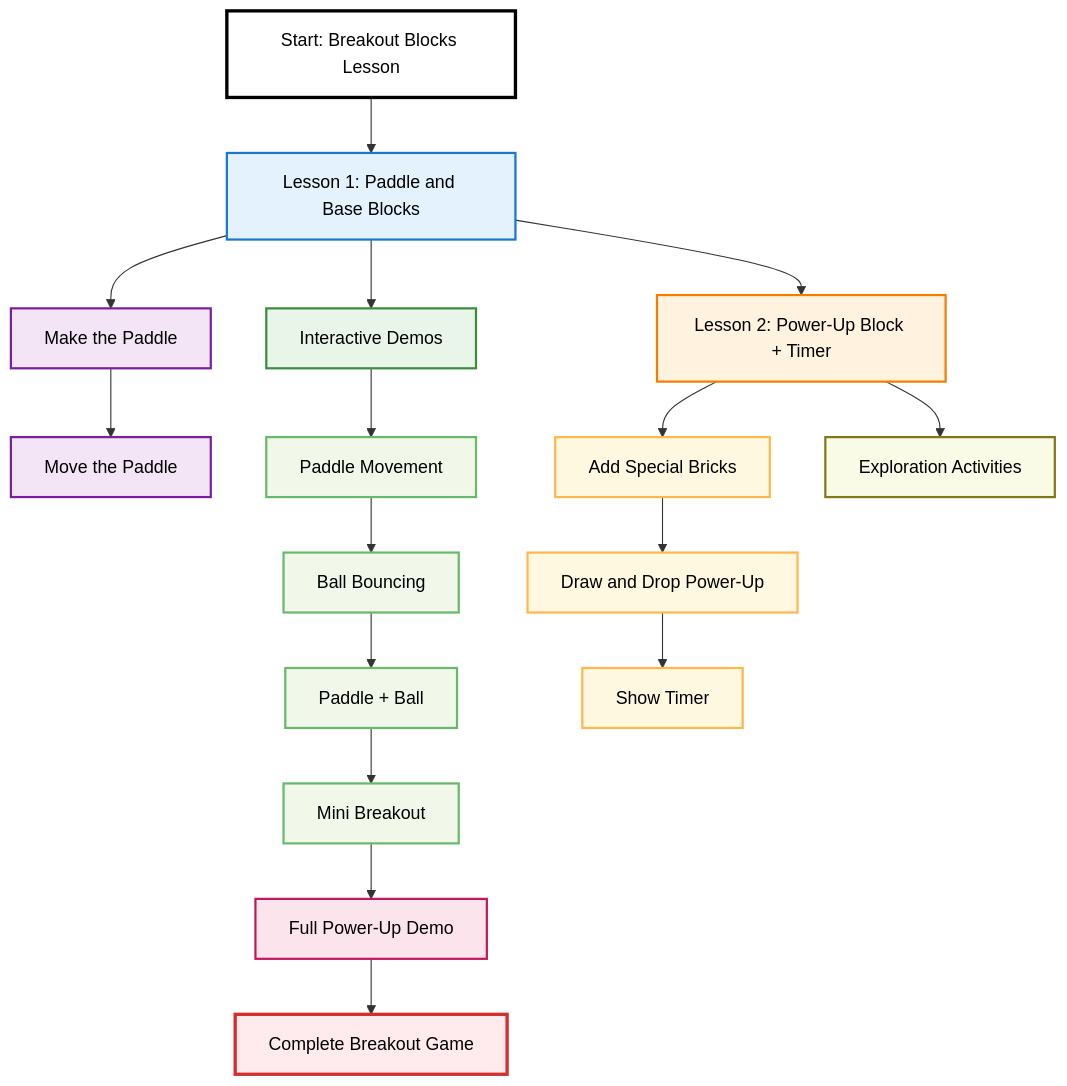
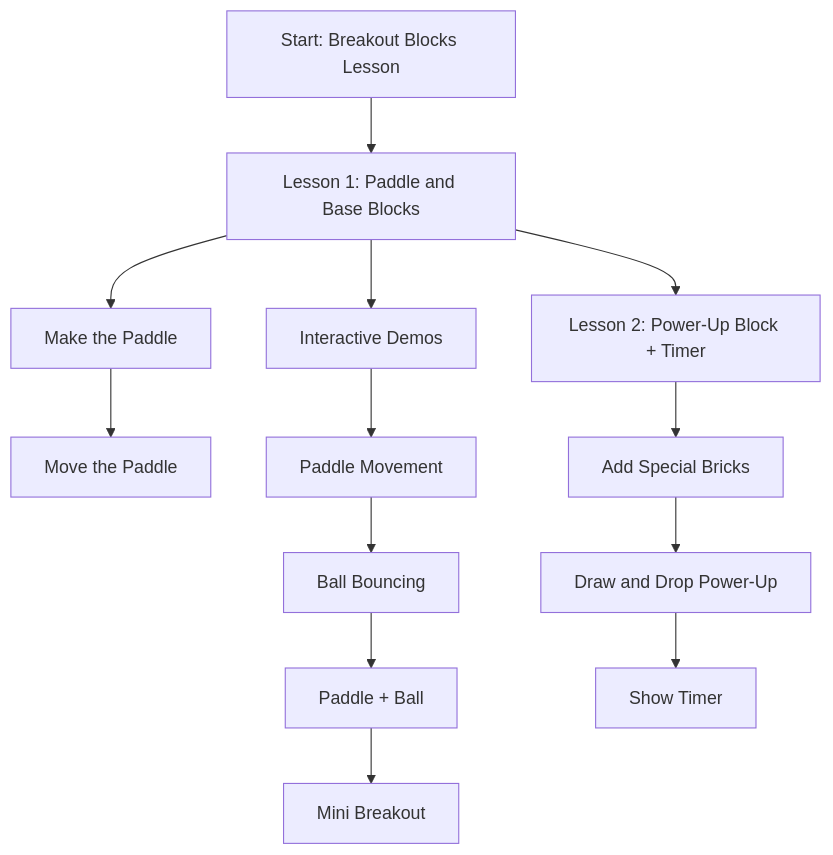
The diagram in hacks/breakout/functionalbreakoutlesson.md (whitelunarium/pages_fork), drawn with Mermaid before and after one commit. The commit also changed 8 other files, not shown here.

````diff
--- a/hacks/breakout/functionalbreakoutlesson.md
+++ b/hacks/breakout/functionalbreakoutlesson.md
@@ -63,42 +63,19 @@
 ```mermaid
 flowchart TD
     A[Start: Breakout Blocks Lesson] --> B[Lesson 1: Paddle and Base Blocks]
     
     B --> B1[Make the Paddle]
     B1 --> B2[Move the Paddle]
     
     B --> C[Interactive Demos]
     C --> C1[Paddle Movement]
     C1 --> C2[Ball Bouncing]
     C2 --> C3[Paddle + Ball]
     C3 --> C4[Mini Breakout]
     
     B --> D[Lesson 2: Power-Up Block + Timer]
     
     D --> D1[Add Special Bricks]
     D1 --> D2[Draw and Drop Power-Up]
     D2 --> D3[Show Timer]
-    
-    C4 --> E[Full Power-Up Demo]
-    
-    D --> F[Exploration Activities]
-    
-    E --> G[Complete Breakout Game]
-    
-    style A fill:#ffffff,stroke:#000000,stroke-width:3px,color:#000000
-    style B fill:#e3f2fd,stroke:#1976d2,stroke-width:2px,color:#000000
-    style B1 fill:#f3e5f5,stroke:#7b1fa2,stroke-width:2px,color:#000000
-    style B2 fill:#f3e5f5,stroke:#7b1fa2,stroke-width:2px,color:#000000
-    style C fill:#e8f5e8,stroke:#388e3c,stroke-width:2px,color:#000000
-    style C1 fill:#f1f8e9,stroke:#66bb6a,stroke-width:2px,color:#000000
-    style C2 fill:#f1f8e9,stroke:#66bb6a,stroke-width:2px,color:#000000
-    style C3 fill:#f1f8e9,stroke:#66bb6a,stroke-width:2px,color:#000000
-    style C4 fill:#f1f8e9,stroke:#66bb6a,stroke-width:2px,color:#000000
-    style D fill:#fff3e0,stroke:#f57c00,stroke-width:2px,color:#000000
-    style D1 fill:#fff8e1,stroke:#ffb74d,stroke-width:2px,color:#000000
-    style D2 fill:#fff8e1,stroke:#ffb74d,stroke-width:2px,color:#000000
-    style D3 fill:#fff8e1,stroke:#ffb74d,stroke-width:2px,color:#000000
-    style E fill:#fce4ec,stroke:#c2185b,stroke-width:2px,color:#000000
-    style F fill:#f9fbe7,stroke:#827717,stroke-width:2px,color:#000000
-    style G fill:#ffebee,stroke:#d32f2f,stroke-width:3px,color:#000000
-```
+  ```
````
